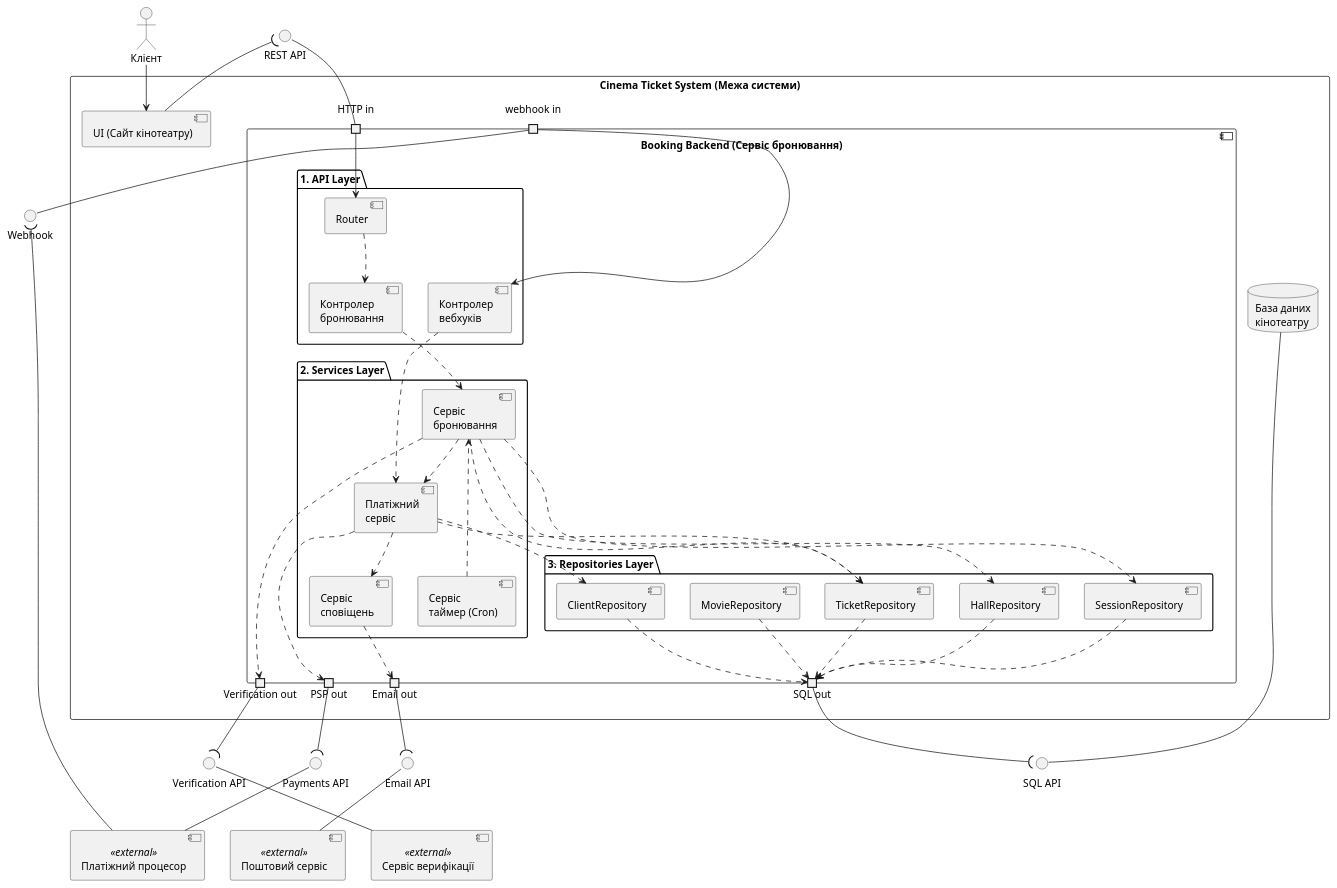
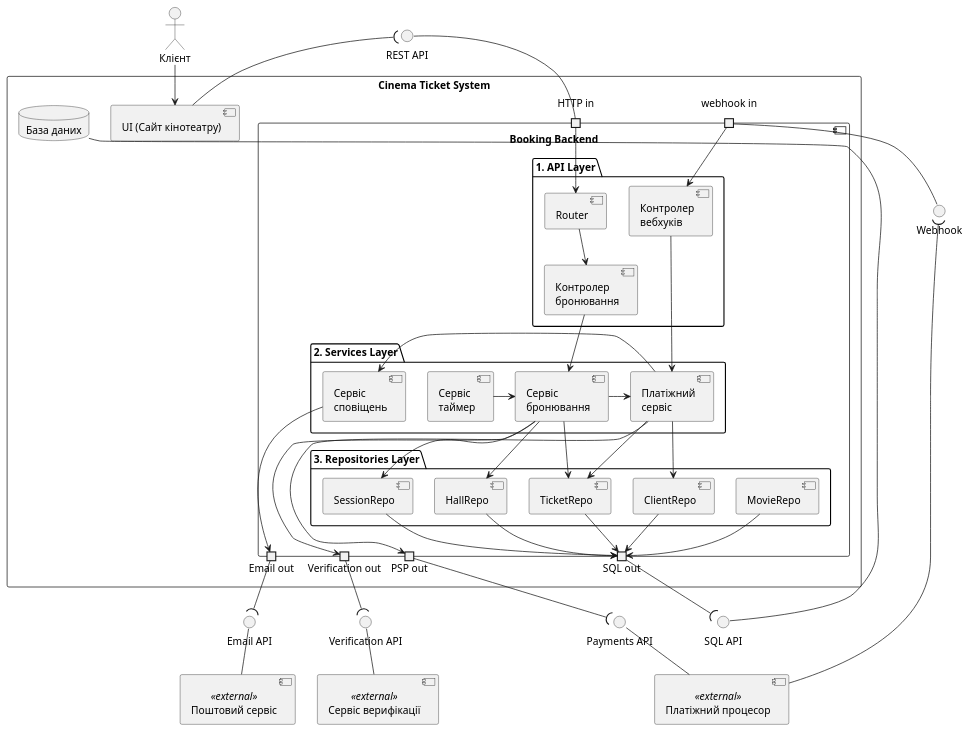
The diagram in Lab5/diagram.puml (Cheburek534/KPI2_labs), drawn with PlantUML before and after one commit.

Commit message:
Fix AI diagram(Final)

```diff
--- a/Lab5/diagram.puml
+++ b/Lab5/diagram.puml
@@ -1,135 +1,108 @@
 @startuml
-' Вимикаємо ortho, бо він ламає порти і робить хаос із лініями
 skinparam componentStyle uml2
+skinparam nodesep 30
+skinparam ranksep 40
 
 actor "Клієнт" as Client
 
-rectangle "Cinema Ticket System (Межа системи)" {
+rectangle "Cinema Ticket System" {
     component "UI (Сайт кінотеатру)" as UI
     
-    component "Booking Backend (Сервіс бронювання)" as Backend {
+    component "Booking Backend" as Backend {
         portin "HTTP in" as pHttp
         portin "webhook in" as pWh
-        
-        portout "PSP out" as pPsp
-        portout "Email out" as pEmail
-        portout "Verification out" as pVer
-        portout "SQL out" as pSql
         
         package "1. API Layer" {
             component "Router" as Router
             component "Контролер\nбронювання" as BookingCtrl
             component "Контролер\nвебхуків" as WebhookCtrl
-            
-            ' Горизонтальне вирівнювання
-            Router -[hidden]right-> BookingCtrl
-            BookingCtrl -[hidden]right-> WebhookCtrl
         }
         
         package "2. Services Layer" {
+            component "Сервіс\nтаймер" as TimerSvc
             component "Сервіс\nбронювання" as BookingSvc
             component "Платіжний\nсервіс" as PaymentSvc
             component "Сервіс\nсповіщень" as NotificationSvc
-            component "Сервіс\nтаймер (Cron)" as TimerSvc
-            
-            ' Горизонтальне вирівнювання
-            BookingSvc -[hidden]right-> PaymentSvc
-            PaymentSvc -[hidden]right-> NotificationSvc
-            NotificationSvc -[hidden]right-> TimerSvc
         }
         
         package "3. Repositories Layer" {
-            component "ClientRepository" as ClientRepo
-            component "MovieRepository" as MovieRepo
-            component "HallRepository" as HallRepo
-            component "SessionRepository" as SessionRepo
-            component "TicketRepository" as TicketRepo
-            
-            ' Горизонтальне вирівнювання репозиторіїв
-            ClientRepo -[hidden]right-> MovieRepo
-            MovieRepo -[hidden]right-> HallRepo
-            HallRepo -[hidden]right-> SessionRepo
-            SessionRepo -[hidden]right-> TicketRepo
+            component "SessionRepo" as SessionRepo
+            component "TicketRepo" as TicketRepo
+            component "HallRepo" as HallRepo
+            component "ClientRepo" as ClientRepo
+            component "MovieRepo" as MovieRepo
         }
         
-        ' Вертикальне вирівнювання шарів
-        BookingCtrl -[hidden]down-> BookingSvc
-        BookingSvc -[hidden]down-> SessionRepo
+        portout "Verification out" as pVer
+        portout "PSP out" as pPsp
+        portout "Email out" as pEmail
+        portout "SQL out" as pSql
         
-        ' Внутрішні залежності шарів (згори донизу)
-        pHttp --> Router
-        pWh --> WebhookCtrl
+        ' --- Внутрішня маршрутизація (суворо згори донизу) ---
+        pHttp -down-> Router
+        pWh -down-> WebhookCtrl
         
-        Router ..> BookingCtrl
+        Router -down-> BookingCtrl
         
-        BookingCtrl ..> BookingSvc
-        WebhookCtrl ..> PaymentSvc
+        BookingCtrl -down-> BookingSvc
+        WebhookCtrl -down-> PaymentSvc
+        TimerSvc -right-> BookingSvc
         
-        TimerSvc ..> BookingSvc
-        BookingSvc ..> PaymentSvc
-        PaymentSvc ..> NotificationSvc
+        BookingSvc -right-> PaymentSvc
+        PaymentSvc -right-> NotificationSvc
         
-        BookingSvc ..> SessionRepo
-        BookingSvc ..> TicketRepo
-        BookingSvc ..> HallRepo
-        PaymentSvc ..> TicketRepo
-        PaymentSvc ..> ClientRepo
+        BookingSvc -down-> SessionRepo
+        BookingSvc -down-> TicketRepo
+        BookingSvc -down-> HallRepo
         
-        ' Зв'язки з вихідними портами
-        BookingSvc ..> pVer
-        PaymentSvc ..> pPsp
-        NotificationSvc ..> pEmail
+        PaymentSvc -down-> TicketRepo
+        PaymentSvc -down-> ClientRepo
         
-        ClientRepo ..> pSql
-        MovieRepo ..> pSql
-        HallRepo ..> pSql
-        SessionRepo ..> pSql
-        TicketRepo ..> pSql
+        ' Зв'язки до вихідних портів
+        BookingSvc -down-> pVer
+        PaymentSvc -down-> pPsp
+        NotificationSvc -down-> pEmail
+        
+        SessionRepo -down-> pSql
+        TicketRepo -down-> pSql
+        HallRepo -down-> pSql
+        ClientRepo -down-> pSql
+        MovieRepo -down-> pSql
     }
-    
-    database "База даних\nкінотеатру" as DB
-    
-    ' Фіксуємо БД чітко під бекендом
-    Backend -[hidden]down-> DB
+    database "База даних" as DB
 }
 
 ' Зовнішні системи
+component "Сервіс верифікації" <<external>> as VerSys
 component "Платіжний процесор" <<external>> as PP
 component "Поштовий сервіс" <<external>> as EmailSys
-component "Сервіс верифікації" <<external>> as VerSys
 
-' Фіксуємо зовнішні системи в один ряд внизу
-PP -[hidden]right-> EmailSys
-EmailSys -[hidden]right-> VerSys
-
-' ==========================================
-' ІНТЕРФЕЙСИ ТА ЗВ'ЯЗКИ (Суворо згори донизу)
-' ==========================================
+' --- Інтерфейси та зовнішні зв'язки ---
 
 Client -down-> UI
 
 interface "REST API" as IRest
 UI -down-( IRest
 IRest -down- pHttp
 
 interface "Webhook" as IWh
 PP -up-( IWh
 IWh -up- pWh
 
+interface "Verification API" as IVer
+pVer -down-( IVer
+IVer -down- VerSys
+
 interface "Payments API" as IPP
 pPsp -down-( IPP
 IPP -down- PP
 
 interface "Email API" as IEmail
 pEmail -down-( IEmail
 IEmail -down- EmailSys
 
-interface "Verification API" as IVer
-pVer -down-( IVer
-IVer -down- VerSys
-
 interface "SQL API" as ISql
 pSql -down-( ISql
 ISql -down- DB
 
 @enduml
```
